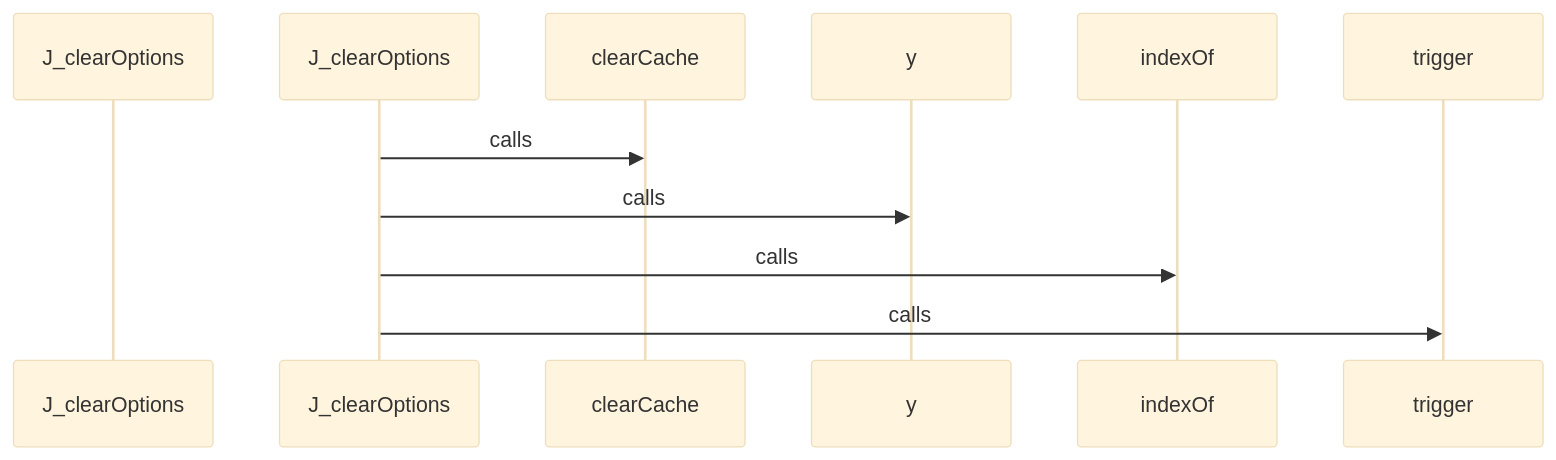
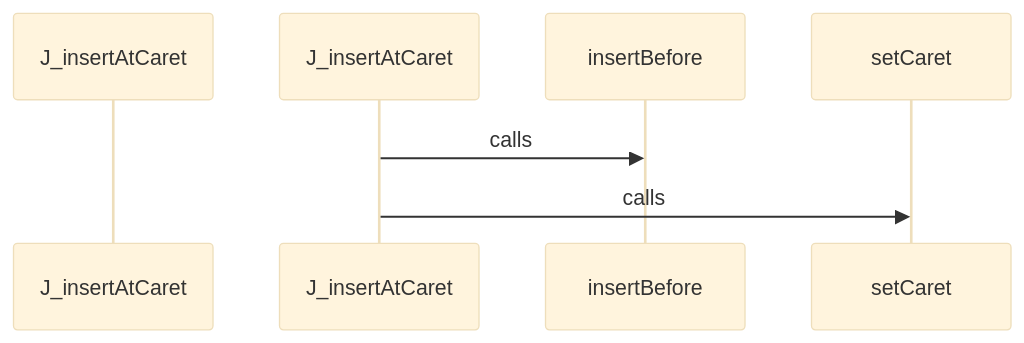
Diagram 20 of 28 in docs/CALL_FLOW.md (hazalkoom/DECODEx01), drawn with Mermaid (base theme) before and after one commit. The commit also changed other lines of this file and 6 other files, not shown here.

Commit message:
feat: NLG heuristic improvements - stricter schema matching, python decorator parsing, utility path pruning

````diff
--- a/docs/CALL_FLOW.md
+++ b/docs/CALL_FLOW.md
@@ -719,21 +811,13 @@
 ```mermaid
 sequenceDiagram
-    participant Start as J_clearOptions
+    participant Start as J_insertAtCaret
 
 
-    J_clearOptions->>clearCache: calls
+    J_insertAtCaret->>insertBefore: calls
 
 
 
-    J_clearOptions->>y: calls
-
-
-
-    J_clearOptions->>indexOf: calls
-
-
-
-    J_clearOptions->>trigger: calls
+    J_insertAtCaret->>setCaret: calls
 
 
 ```
````
